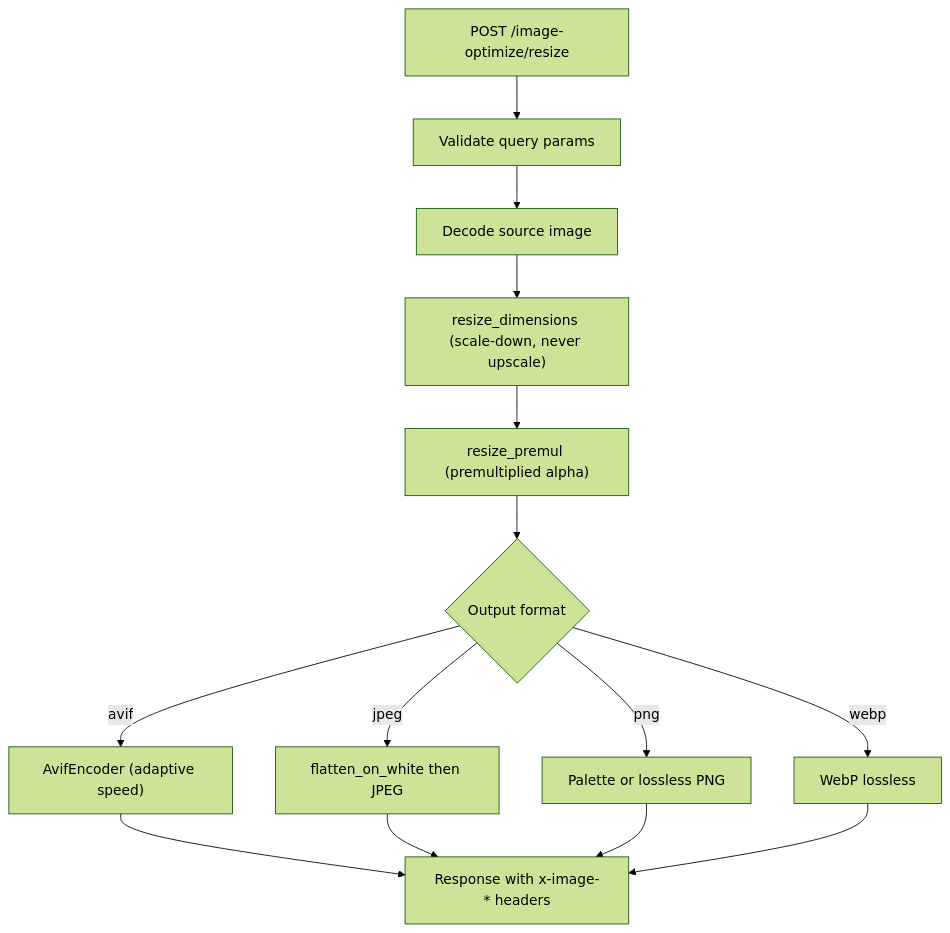
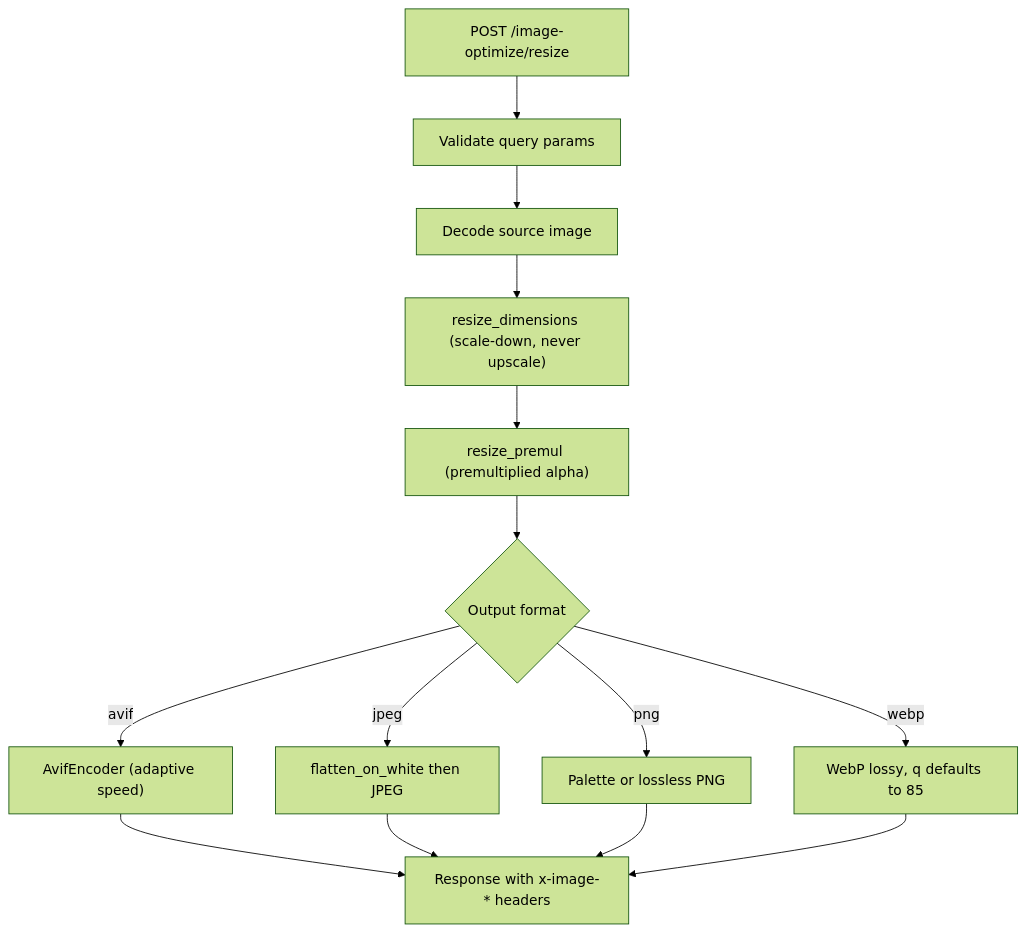
Before and after one commit to motss-app/test-hono-react-router-vite: the first of 5 diagrams in docs/image-optimize-rust-algorithm.md, drawn with Mermaid (forest theme). The commit also changed other lines of this file and 11 other files, not shown here.

First line of the commit message:
fix(image-optimize): restore lossy WebP quality controls (#84)

````diff
--- a/docs/image-optimize-rust-algorithm.md
+++ b/docs/image-optimize-rust-algorithm.md
@@ -11,16 +11,16 @@
 ```mermaid
 flowchart TD
     A[POST /image-optimize/resize] --> B[Validate query params]
     B --> C[Decode source image]
     C --> D["resize_dimensions (scale-down, never upscale)"]
     D --> E["resize_premul (premultiplied alpha)"]
     E --> F{Output format}
     F -->|avif| G["AvifEncoder (adaptive speed)"]
     F -->|jpeg| H["flatten_on_white then JPEG"]
     F -->|png| I[Palette or lossless PNG]
-    F -->|webp| J["WebP lossless"]
+    F -->|webp| J["WebP lossy, q defaults to 85"]
     G --> K[Response with x-image-* headers]
     H --> K
     I --> K
     J --> K
 ```
````
